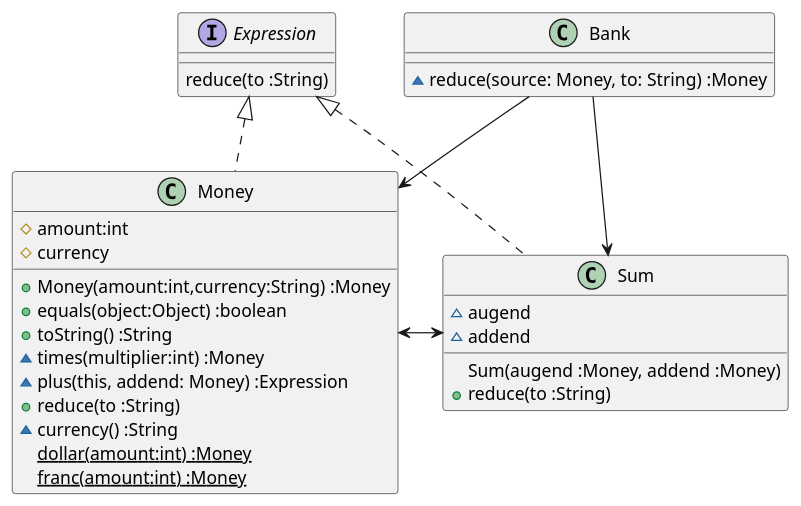
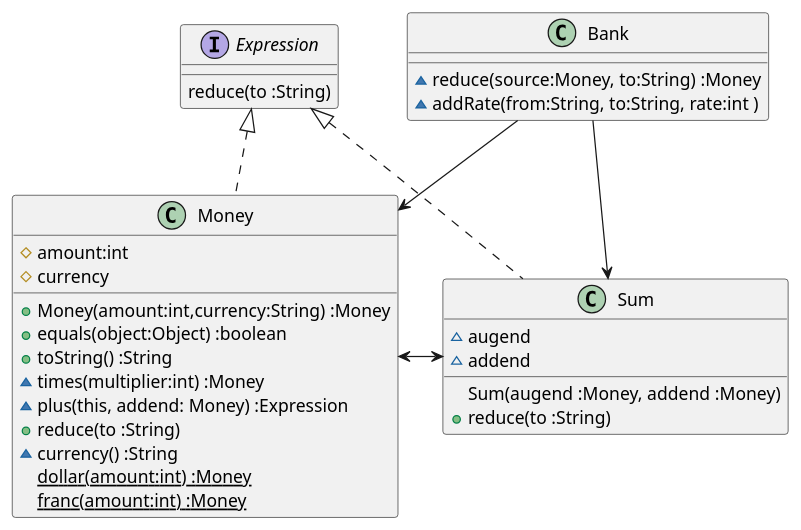
Before and after one commit to k2works/etude_for_java: the first of 2 diagrams in docs/src/TDD.md, drawn with PlantUML. The commit also changed 6 other files, not shown here.

````diff
--- a/docs/src/TDD.md
+++ b/docs/src/TDD.md
@@ -51,32 +51,33 @@
 ```puml
 interface Expression {
   reduce(to :String)
 }
 class Money {
   #amount:int
   #currency  
   +Money(amount:int,currency:String) :Money
   +equals(object:Object) :boolean  
   +toString() :String
   ~times(multiplier:int) :Money
   ~plus(this, addend: Money) :Expression
   +reduce(to :String)      
   ~currency() :String
   {static} dollar(amount:int) :Money
   {static} franc(amount:int) :Money  
 }
 class Bank {
-  ~reduce(source: Money, to: String) :Money
+  ~reduce(source:Money, to:String) :Money
+  ~addRate(from:String, to:String, rate:int )
 }
 class Sum {
   ~augend
   ~addend
   Sum(augend :Money, addend :Money)
   +reduce(to :String)
 }
 Expression <|.. Money
 Expression <|.. Sum
 Money <-> Sum
 Bank --> Sum
 Bank --> Money
 ```
````
